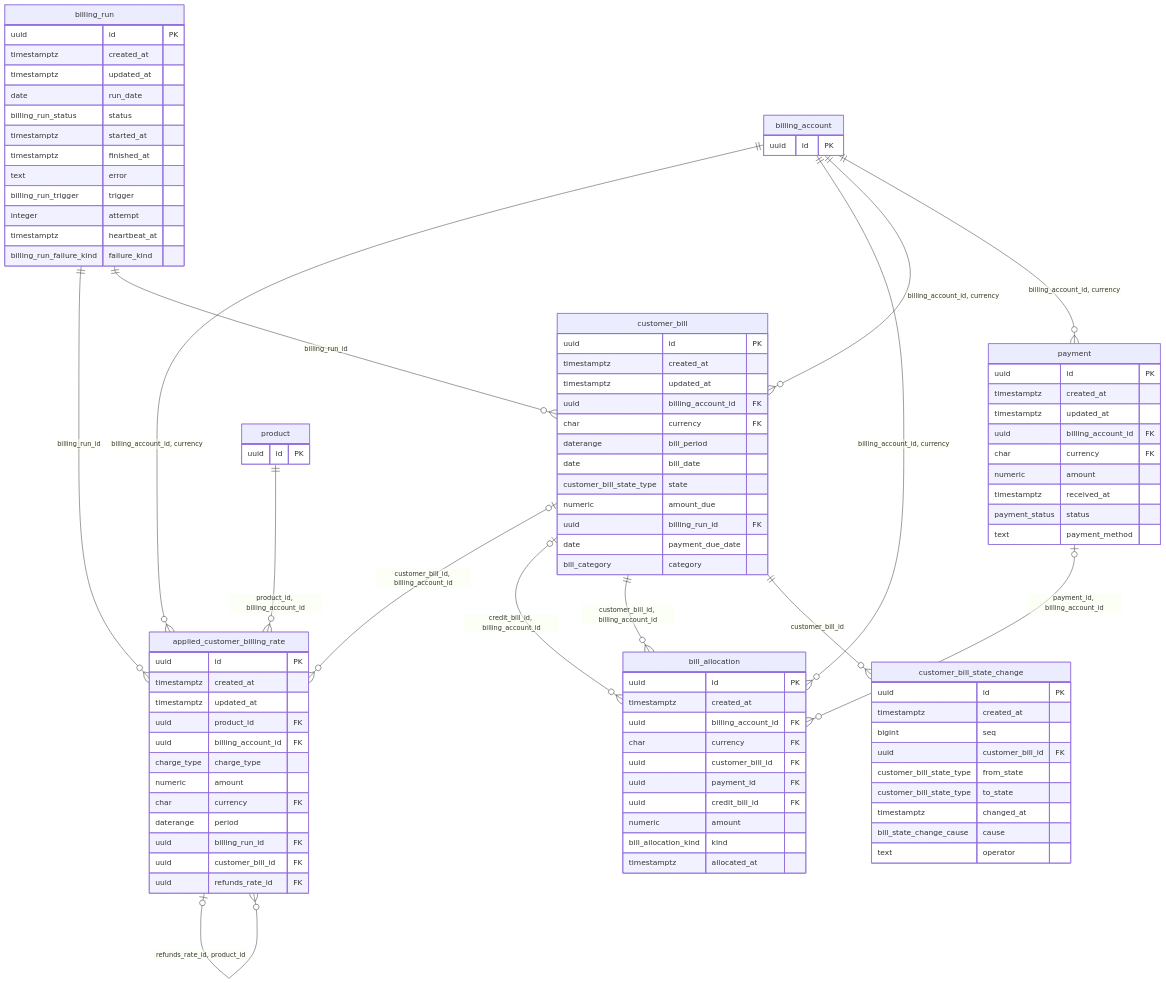
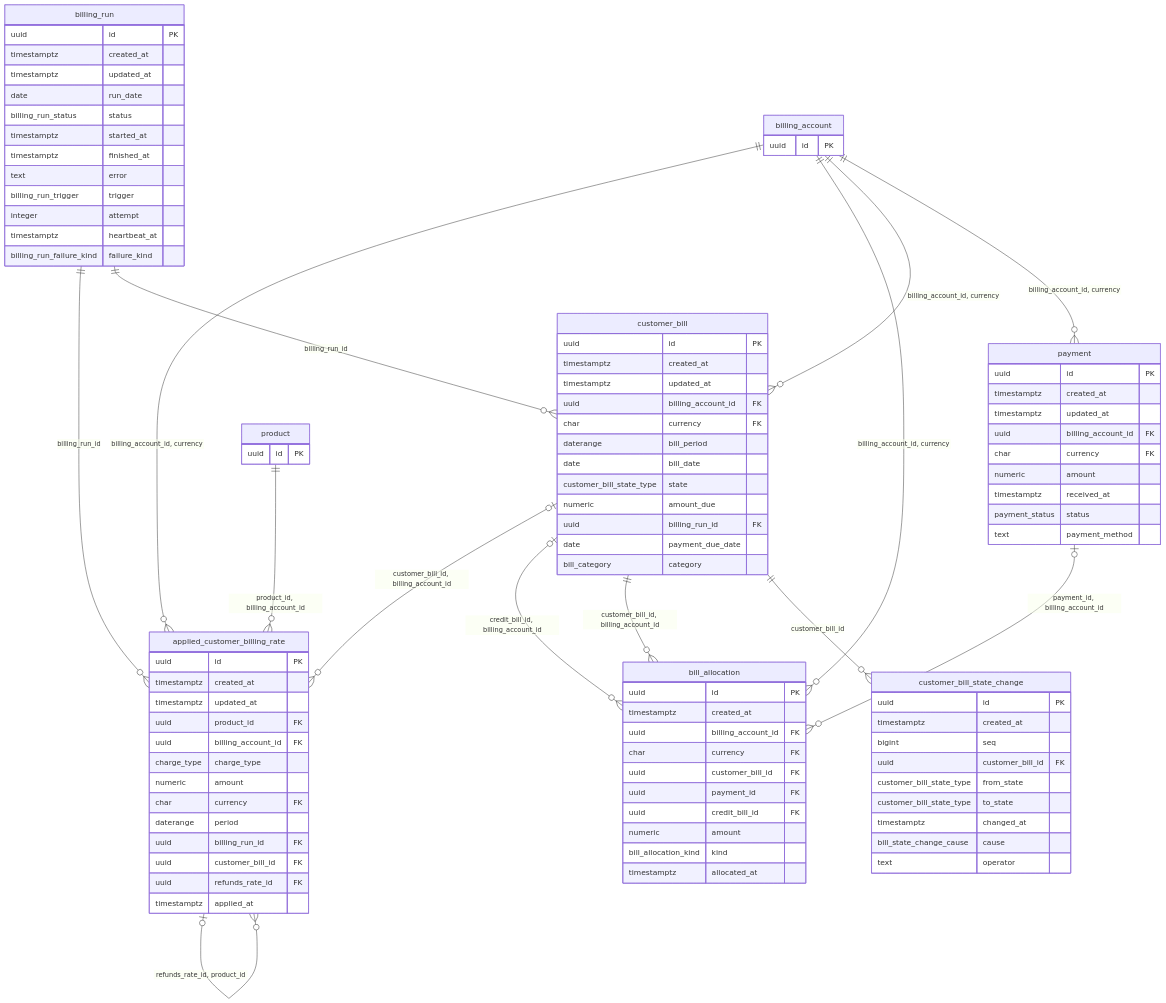
The sixth of 7 diagrams in docs/db/README.md (altharmz/bss), drawn with Mermaid before and after one commit. The commit also changed other lines of this file and 17 other files, not shown here.

```diff
--- a/docs/db/README.md
+++ b/docs/db/README.md
@@ -292,6 +292,7 @@
     uuid billing_run_id FK
     uuid customer_bill_id FK
     uuid refunds_rate_id FK
+    timestamptz applied_at
   }
   customer_bill {
     uuid id PK
```
